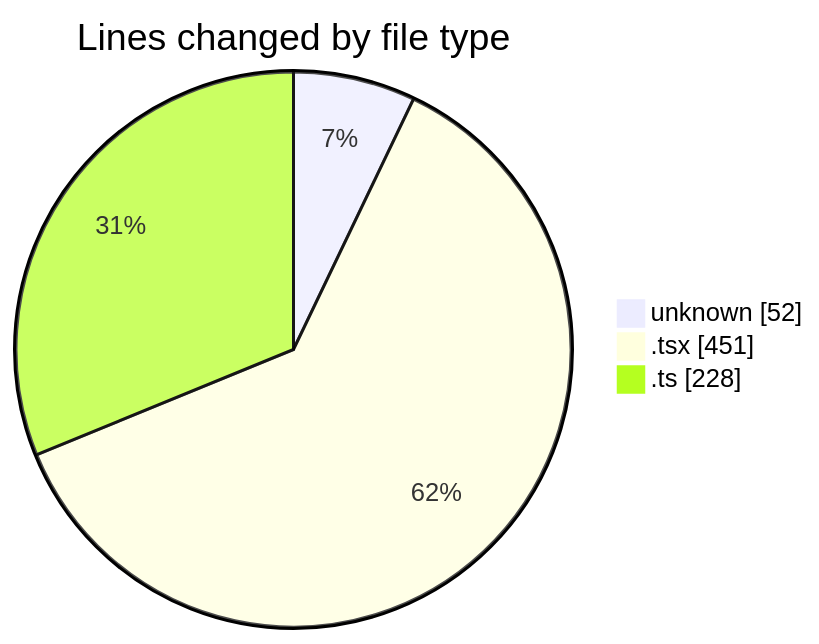
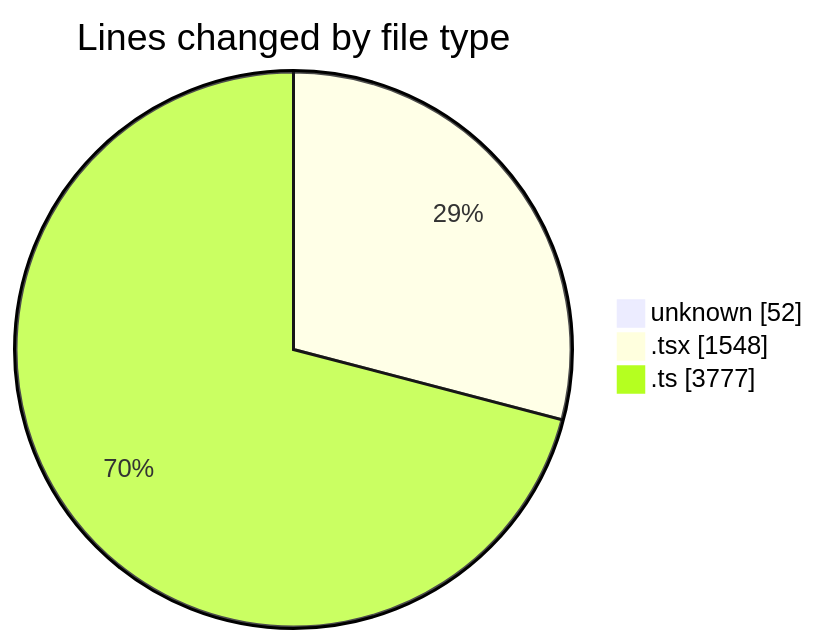
Before and after one commit to CELIANVF/code-tracking: the first of 2 diagrams in 2025-06-02/ecodeli-1/README.md, drawn with Mermaid. The commit also changed other lines of this file and 1 other file, not shown here.

````diff
--- a/2025-06-02/ecodeli-1/README.md
+++ b/2025-06-02/ecodeli-1/README.md
@@ -43,7 +50,7 @@
 ```mermaid
 pie showData
 title Lines changed by file type
 "unknown" : 52
-".tsx" : 451
-".ts" : 228
+".tsx" : 1548
+".ts" : 3777
 ```
````
